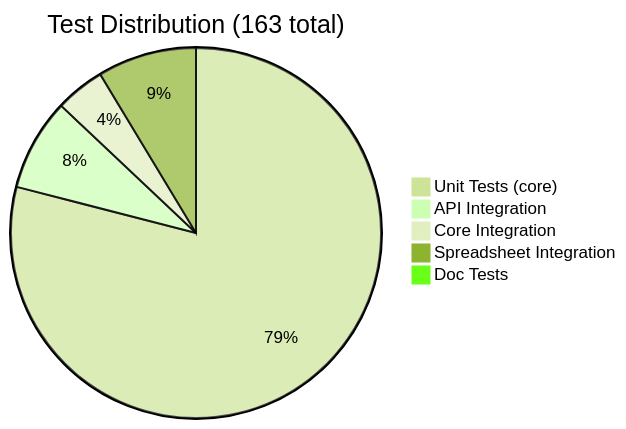
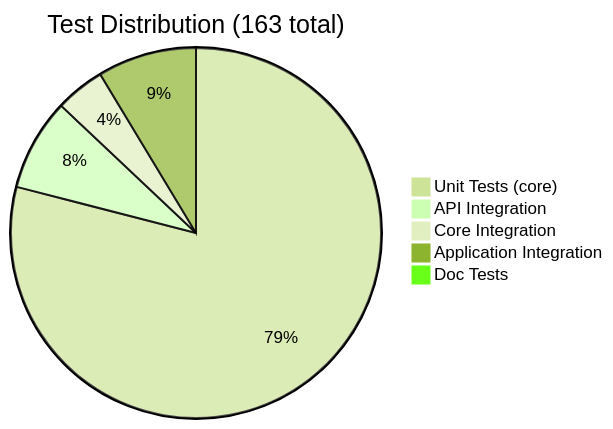
The sixth of 6 diagrams in README.md (SuperInstance/claw), drawn with Mermaid (forest theme) before and after one commit. The commit also changed other lines of this file and 1 other file, not shown here.

````diff
--- a/README.md
+++ b/README.md
@@ -282,8 +283,8 @@
 ```mermaid
 pie title Test Distribution (163 total)
     "Unit Tests (core)" : 128
     "API Integration" : 13
     "Core Integration" : 7
-    "Spreadsheet Integration" : 14
+    "Application Integration" : 14
     "Doc Tests" : 1
 ```
````
